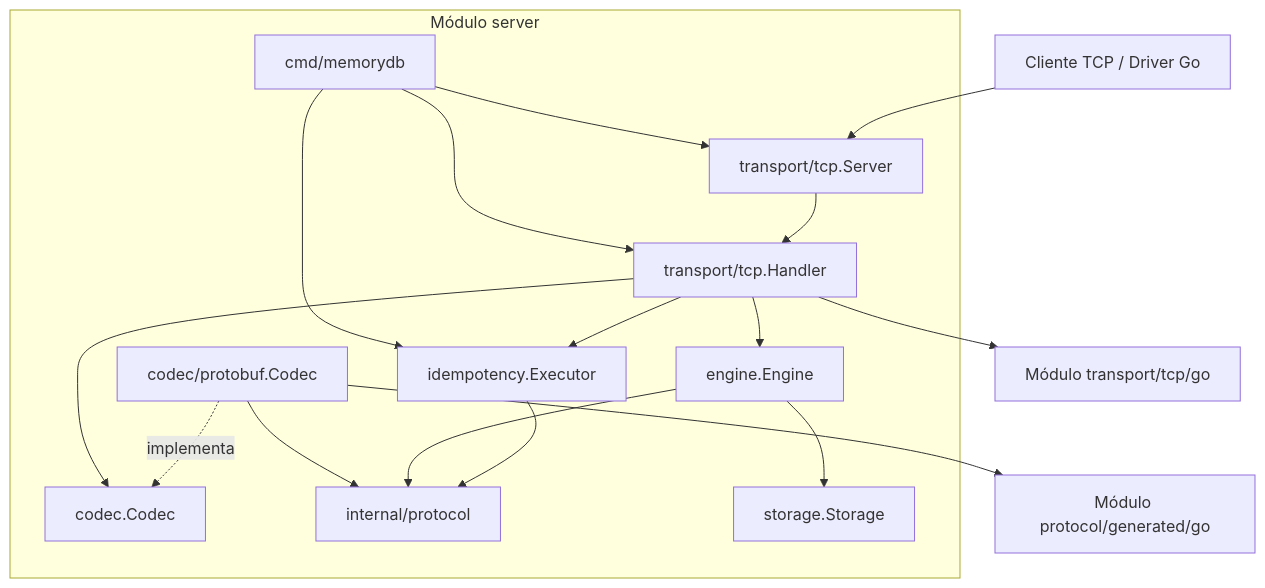
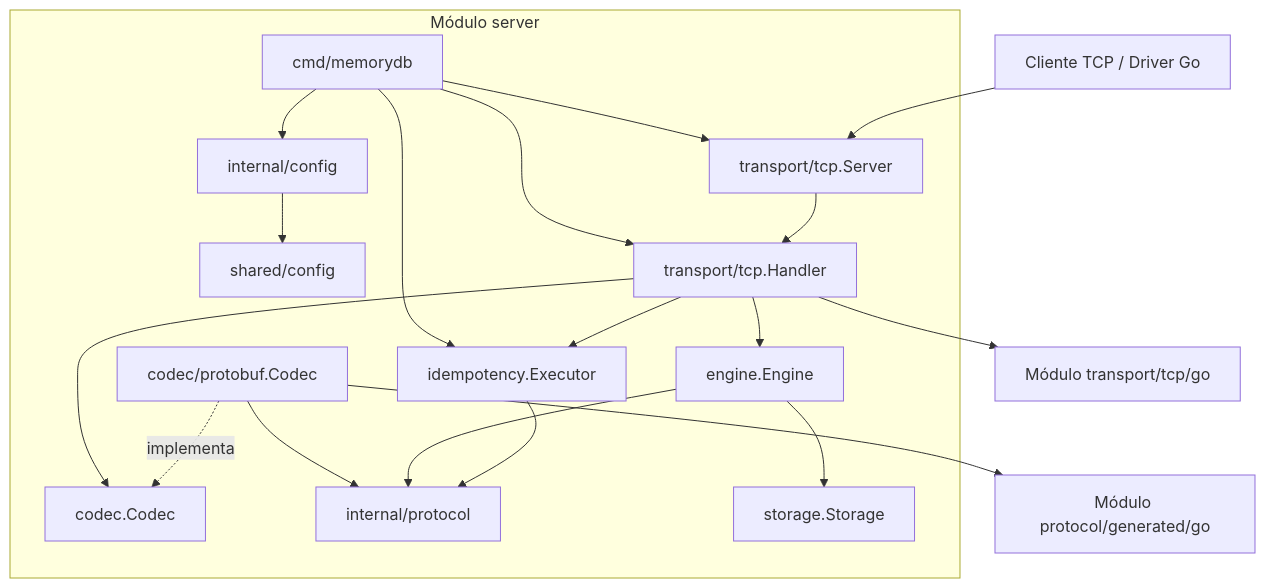
Before and after one commit to pescador95/memorydb: the second of 3 diagrams in docs/tecnica/ARQUITETURA.md, drawn with Mermaid. The commit also changed other lines of this file and 19 other files, not shown here.

````diff
--- a/docs/tecnica/ARQUITETURA.md
+++ b/docs/tecnica/ARQUITETURA.md
@@ -89,36 +105,40 @@
 ```mermaid
 flowchart TB
     Client["Cliente TCP / Driver Go"]
 
     subgraph Server["Módulo server"]
         Entry["cmd/memorydb"]
+        Config["internal/config"]
+        SharedConfig["shared/config"]
         TCPServer["transport/tcp.Server"]
         Handler["transport/tcp.Handler"]
         CodecPort["codec.Codec"]
         ProtoCodec["codec/protobuf.Codec"]
         Idempotency["idempotency.Executor"]
         Engine["engine.Engine"]
         Model["internal/protocol"]
         Storage["storage.Storage"]
     end
 
     TCPModule["Módulo transport/tcp/go"]
     Generated["Módulo protocol/generated/go"]
 
+    Entry --> Config
+    Config --> SharedConfig
     Entry --> TCPServer
     Entry --> Handler
     Entry --> Idempotency
     TCPServer --> Handler
     Handler --> TCPModule
     Handler --> CodecPort
     Handler --> Idempotency
     Handler --> Engine
     ProtoCodec -. implementa .-> CodecPort
     ProtoCodec --> Model
     ProtoCodec --> Generated
     Engine --> Model
     Engine --> Storage
     Idempotency --> Model
 
     Client --> TCPServer
 ```
````
